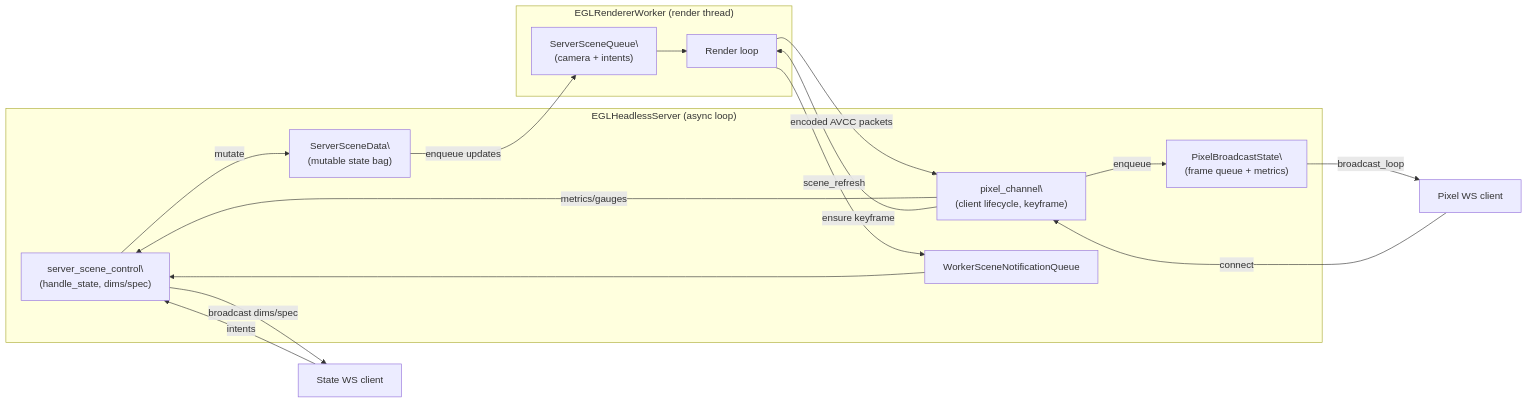
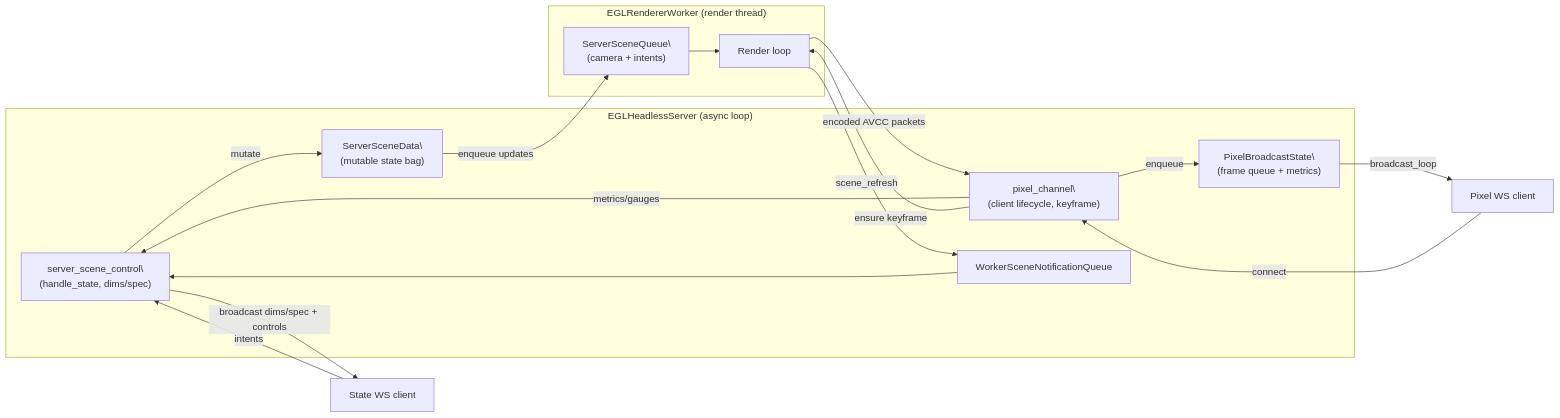
One commit to kirjner/napari-cuda changed the diagram in docs/server_architecture.md. Above: the diagram before and after it, drawn with Mermaid. The commit also changed other lines of this file and 17 other files, not shown here.

````diff
--- a/docs/server_architecture.md
+++ b/docs/server_architecture.md
@@ -83,33 +104,33 @@
 ```mermaid
 graph LR
     subgraph AsyncLoop["EGLHeadlessServer (async loop)"]
         SSC["server_scene_control\\n(handle_state, dims/spec)"]
         PCH["pixel_channel\\n(client lifecycle, keyframe)"]
         SceneBag["ServerSceneData\\n(mutable state bag)"]
         PixelBag["PixelBroadcastState\\n(frame queue + metrics)"]
         WQueue["WorkerSceneNotificationQueue"]
     end
 
     subgraph WorkerThread["EGLRendererWorker (render thread)"]
         Worker["Render loop"]
         SceneQueue["ServerSceneQueue\\n(camera + intents)"]
     end
 
     StateClient["State WS client"]
     PixelClient["Pixel WS client"]
 
     StateClient -->|intents| SSC
     SSC -->|mutate| SceneBag
-    SSC -->|broadcast dims/spec| StateClient
+    SSC -->|broadcast dims/spec + controls| StateClient
     SceneBag -->|enqueue updates| SceneQueue
     SceneQueue --> Worker
     Worker -->|scene_refresh| WQueue
     WQueue --> SSC
 
     PixelClient -->|connect| PCH
     PCH -->|metrics/gauges| SSC
     Worker -->|encoded AVCC packets| PCH
     PCH -->|enqueue| PixelBag
     PixelBag -->|broadcast_loop| PixelClient
     PCH -->|ensure keyframe| Worker
 ```
````
